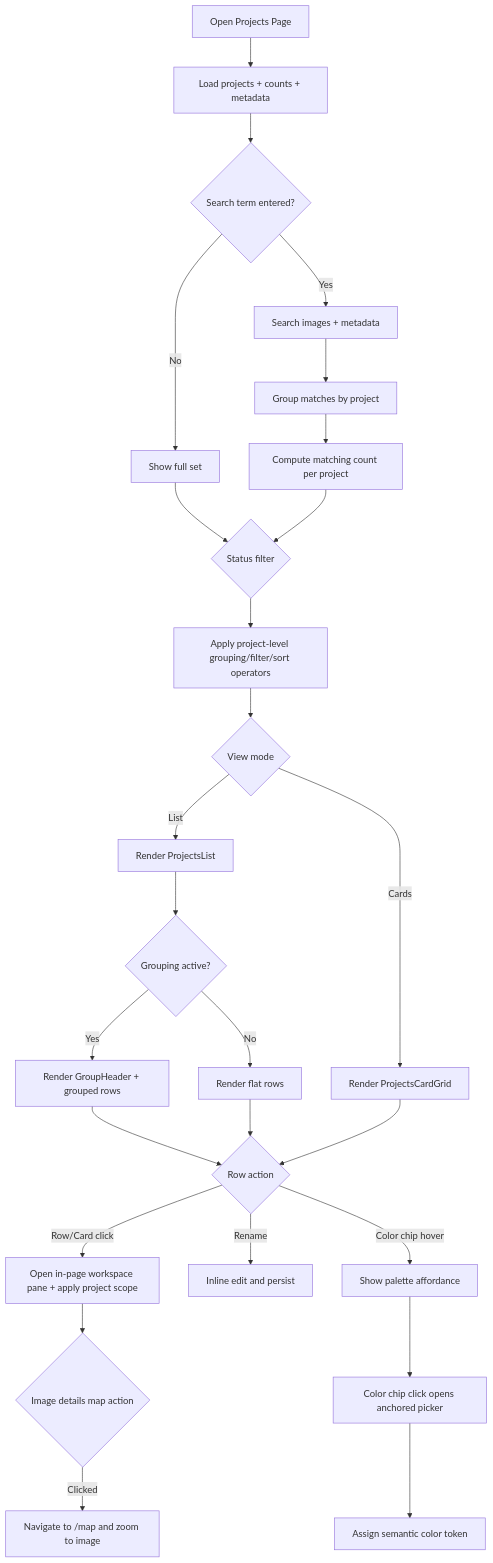
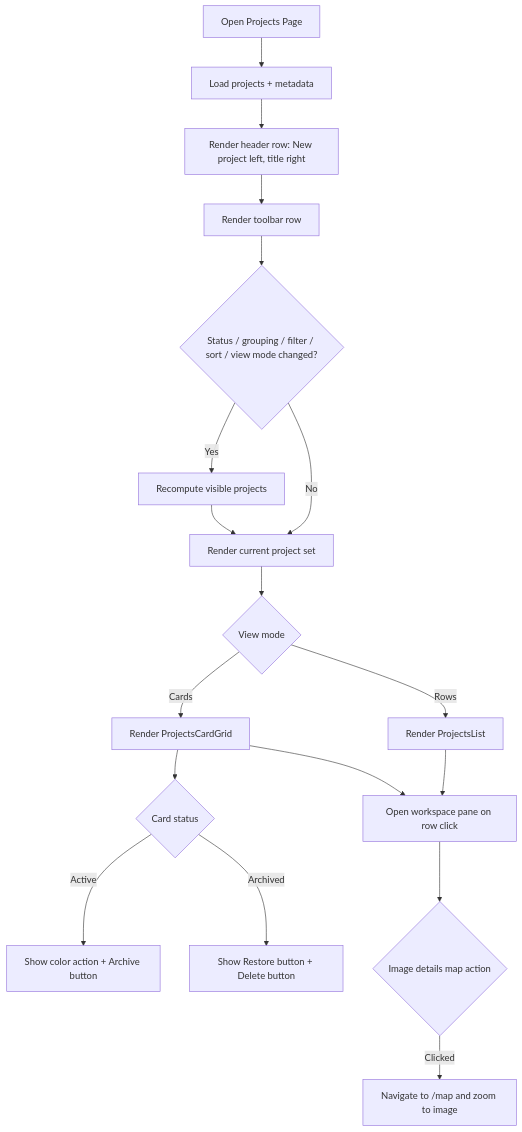
The first of 5 diagrams in docs/element-specs/projects-page.md (matkleve/feldpost), drawn with Mermaid before and after one commit. The commit also changed other lines of this file and 7 other files, not shown here.

First line of the commit message:
refactor: update projects page layout and interactions

````diff
--- a/docs/element-specs/projects-page.md
+++ b/docs/element-specs/projects-page.md
@@ -46,28 +44,20 @@
 ```mermaid
 flowchart TD
-	A[Open Projects Page] --> B[Load projects + counts + metadata]
-	B --> C{Search term entered?}
-	C -- No --> D[Show full set]
-	C -- Yes --> E[Search images + metadata]
-	E --> E2[Group matches by project]
-	E2 --> E3[Compute matching count per project]
-	D --> F{Status filter}
-	E3 --> F
-	F --> G[Apply project-level grouping/filter/sort operators]
+	A[Open Projects Page] --> B[Load projects + metadata]
+	B --> C[Render header row: New project left, title right]
+	C --> D[Render toolbar row]
+	D --> E{Status / grouping / filter / sort / view mode changed?}
+	E -- Yes --> F[Recompute visible projects]
+	E -- No --> G[Render current project set]
+	F --> G
 	G --> H{View mode}
-	H -- List --> I[Render ProjectsList]
+	H -- Rows --> I[Render ProjectsList]
 	H -- Cards --> J[Render ProjectsCardGrid]
-	I --> I2{Grouping active?}
-	I2 -- Yes --> I3[Render GroupHeader + grouped rows]
-	I2 -- No --> I4[Render flat rows]
-	I3 --> K{Row action}
-	I4 --> K{Row action}
-	J --> K
-	K -- Row/Card click --> L[Open in-page workspace pane + apply project scope]
-	K -- Rename --> M[Inline edit and persist]
-	K -- Color chip hover --> N[Show palette affordance]
-	N --> O[Color chip click opens anchored picker]
-	O --> P[Assign semantic color token]
-	L --> Q{Image details map action}
-	Q -- Clicked --> R[Navigate to /map and zoom to image]
+	J --> K{Card status}
+	K -- Active --> L[Show color action + Archive button]
+	K -- Archived --> M[Show Restore button + Delete button]
+	I --> N[Open workspace pane on row click]
+	J --> N
+	N --> O{Image details map action}
+	O -- Clicked --> P[Navigate to /map and zoom to image]
 ```
````
